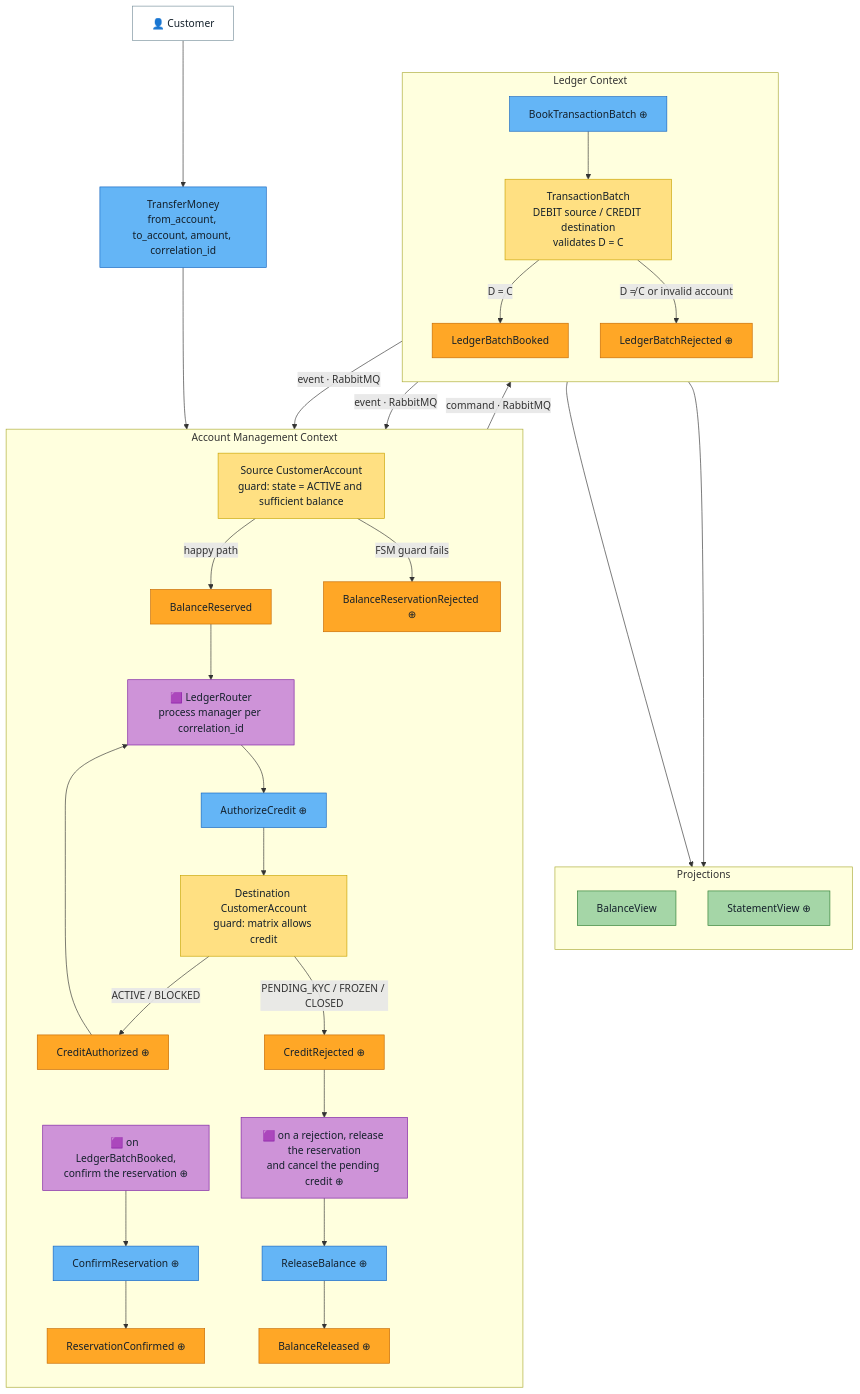
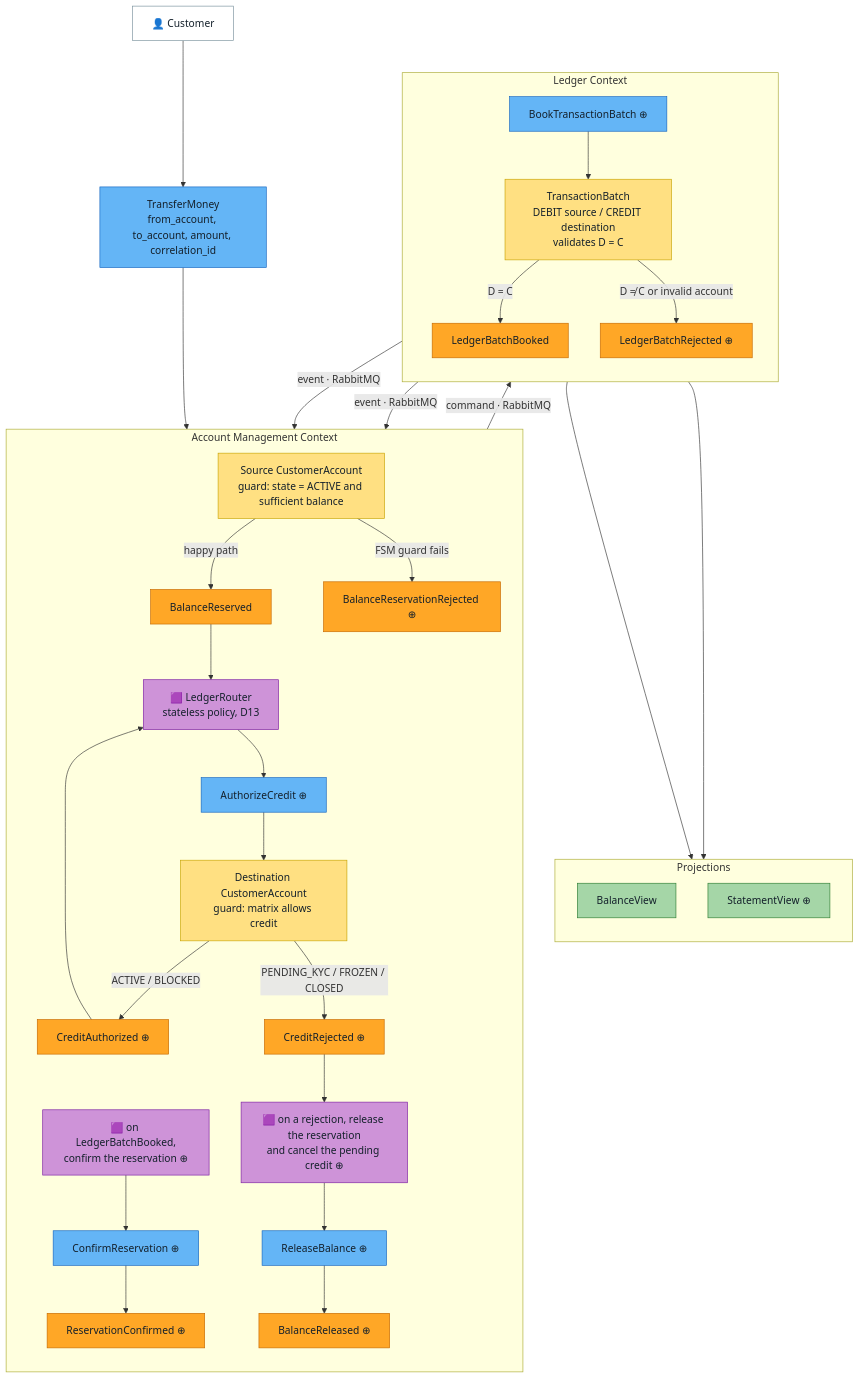
One commit to LuanDc/banking changed the fourth of 6 diagrams in README.md. Above: the diagram before and after it, drawn with Mermaid. The commit also changed other lines of this file and 1 other file, not shown here.

Commit message:
docs: record the transfer saga, the Ledger's events and PIX deposits (D13)

````diff
--- a/README.md
+++ b/README.md
@@ -244,68 +244,68 @@
 ```mermaid
 flowchart TB
     A["👤 Customer"]:::actor
     C0["TransferMoney<br/>from_account, to_account, amount, correlation_id"]:::cmd
 
     subgraph AM["Account Management Context"]
         direction TB
         AGG1["Source CustomerAccount<br/>guard: state = ACTIVE and sufficient balance"]:::agg
         EV1["BalanceReserved"]:::evt
         EV2["BalanceReservationRejected ⊕"]:::evt
         CX["ReleaseBalance ⊕"]:::cmd
         EVX["BalanceReleased ⊕"]:::evt
         CY["ConfirmReservation ⊕"]:::cmd
         EVY["ReservationConfirmed ⊕"]:::evt
-        POL["🟪 LedgerRouter<br/>process manager per correlation_id"]:::pol
+        POL["🟪 LedgerRouter<br/>stateless policy, D13"]:::pol
         CZ["AuthorizeCredit ⊕"]:::cmd
         AGG3["Destination CustomerAccount<br/>guard: matrix allows credit"]:::agg
         EVA["CreditAuthorized ⊕"]:::evt
         EVR["CreditRejected ⊕"]:::evt
         POLOK["🟪 on LedgerBatchBooked,<br/>confirm the reservation ⊕"]:::pol
         POLKO["🟪 on a rejection, release the reservation<br/>and cancel the pending credit ⊕"]:::pol
     end
 
     subgraph LG["Ledger Context"]
         direction TB
         CB["BookTransactionBatch ⊕"]:::cmd
         AGG2["TransactionBatch<br/>DEBIT source / CREDIT destination<br/>validates D = C"]:::agg
         EV3["LedgerBatchBooked"]:::evt
         EV4["LedgerBatchRejected ⊕"]:::evt
     end
 
     subgraph PJ["Projections"]
         direction TB
         RM1["BalanceView"]:::rm
         RM2["StatementView ⊕"]:::rm
     end
 
     A --> C0
     C0 --> AGG1
     AGG1 -->|"happy path"| EV1
     AGG1 -->|"FSM guard fails"| EV2
     EV1 --> POL
     POL --> CZ
     CZ --> AGG3
     AGG3 -->|"ACTIVE / BLOCKED"| EVA
     AGG3 -->|"PENDING_KYC / FROZEN / CLOSED"| EVR
     EVA --> POL
     EVR --> POLKO
     POL -->|"command · RabbitMQ"| CB
     CB --> AGG2
     AGG2 -->|"D = C"| EV3
     AGG2 -->|"D ≠ C or invalid account"| EV4
     EV3 --> RM1
     EV3 --> RM2
     EV3 -->|"event · RabbitMQ"| POLOK
     POLOK --> CY
     CY --> EVY
     EV4 -->|"event · RabbitMQ"| POLKO
     POLKO --> CX
     CX --> EVX
 
     classDef evt fill:#FFA726,stroke:#C66900,color:#14202B
     classDef cmd fill:#64B5F6,stroke:#1565C0,color:#14202B
     classDef agg fill:#FFE082,stroke:#C8A300,color:#14202B
     classDef pol fill:#CE93D8,stroke:#7B1FA2,color:#14202B
     classDef rm fill:#A5D6A7,stroke:#2E7D32,color:#14202B
     classDef actor fill:#FFFFFF,stroke:#78909C,color:#14202B
 ```
````
